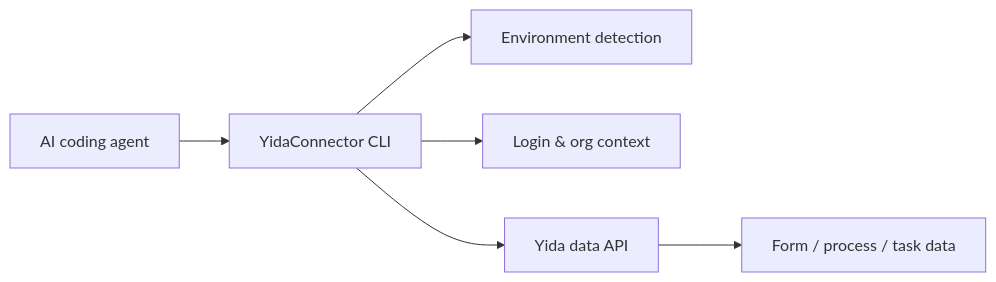
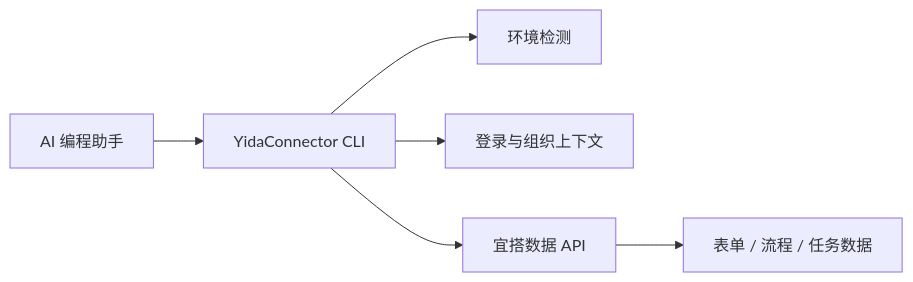
The diagram in README.md (bunnyrui/yidaconnector), drawn with Mermaid before and after one commit. The commit also changed other lines of this file, not shown here.

````diff
--- a/README.md
+++ b/README.md
@@ -204,8 +193,8 @@
 ```mermaid
 flowchart LR
-  A["AI coding agent"] --> B["YidaConnector CLI"]
-  B --> C["Environment detection"]
-  B --> D["Login & org context"]
-  B --> E["Yida data API"]
-  E --> F["Form / process / task data"]
+  A["AI 编程助手"] --> B["YidaConnector CLI"]
+  B --> C["环境检测"]
+  B --> D["登录与组织上下文"]
+  B --> E["宜搭数据 API"]
+  E --> F["表单 / 流程 / 任务数据"]
 ```
````
